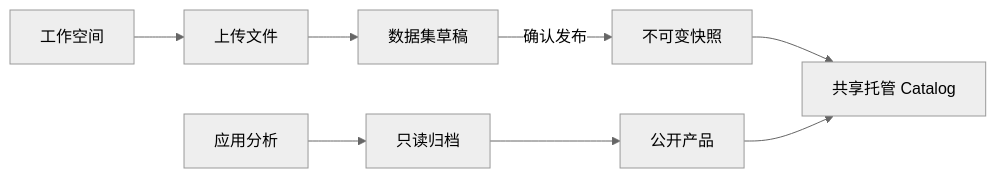
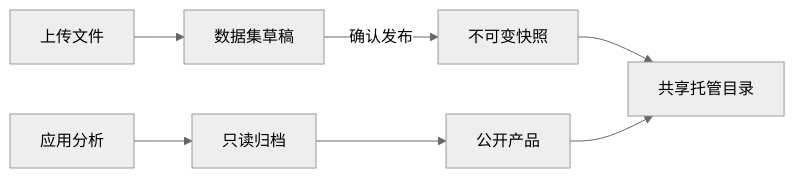
The diagram in docs/workspaces_zh.md (rdcn-link/conet), drawn with Mermaid (neutral theme) before and after one commit. The commit also changed other lines of this file and 72 other files, not shown here.

````diff
--- a/docs/workspaces_zh.md
+++ b/docs/workspaces_zh.md
@@ -11,10 +9,9 @@
 ```mermaid
 flowchart LR
-  W[工作空间] --> F[上传文件]
-  F --> D[数据集草稿]
+  F[上传文件] --> D[数据集草稿]
   D -->|确认发布| S[不可变快照]
   J[应用分析] --> R[只读归档]
   R --> P[公开产品]
-  S --> C[共享托管 Catalog]
+  S --> C[共享托管目录]
   P --> C
 ```
````
